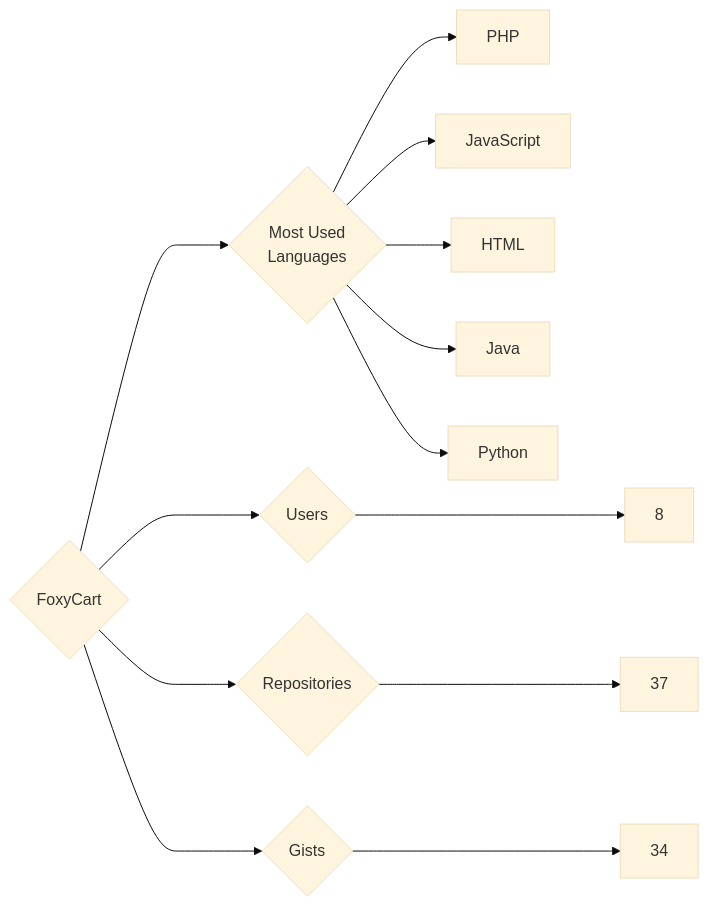
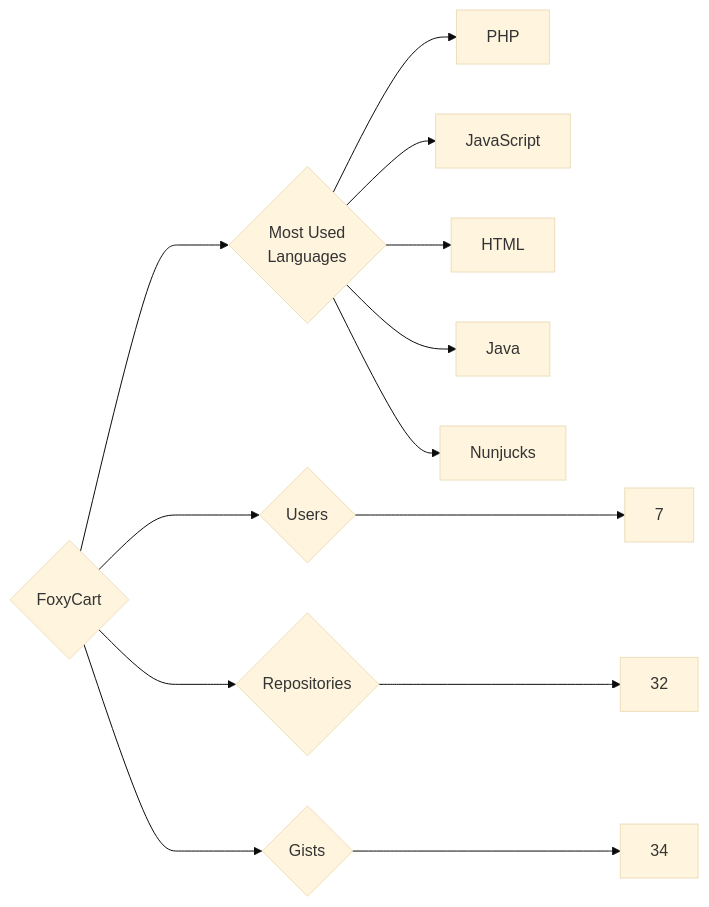
One commit to trickest/insiders changed the diagram in targets/FoxyCart/README.md. Above: the diagram before and after it, drawn with Mermaid (base theme). The commit also changed 1089 other files, not shown here.

````diff
--- a/targets/FoxyCart/README.md
+++ b/targets/FoxyCart/README.md
@@ -3,13 +3,13 @@
 ```mermaid
 graph LR
 COMPANY_NAME{FoxyCart}
-COMPANY_NAME ---> U{Users} ---> UN[8]
-COMPANY_NAME ---> R{Repositories} ---> RN[37]
+COMPANY_NAME ---> U{Users} ---> UN[7]
+COMPANY_NAME ---> R{Repositories} ---> RN[32]
 COMPANY_NAME ---> G{Gists} ---> GN[34]
 COMPANY_NAME ---> ML{Most Used<br>Languages}
 ML --> PHP[PHP]
 ML --> JavaScript[JavaScript]
 ML --> HTML[HTML]
 ML --> Java[Java]
-ML --> Python[Python]
+ML --> Nunjucks[Nunjucks]
 ```
````
